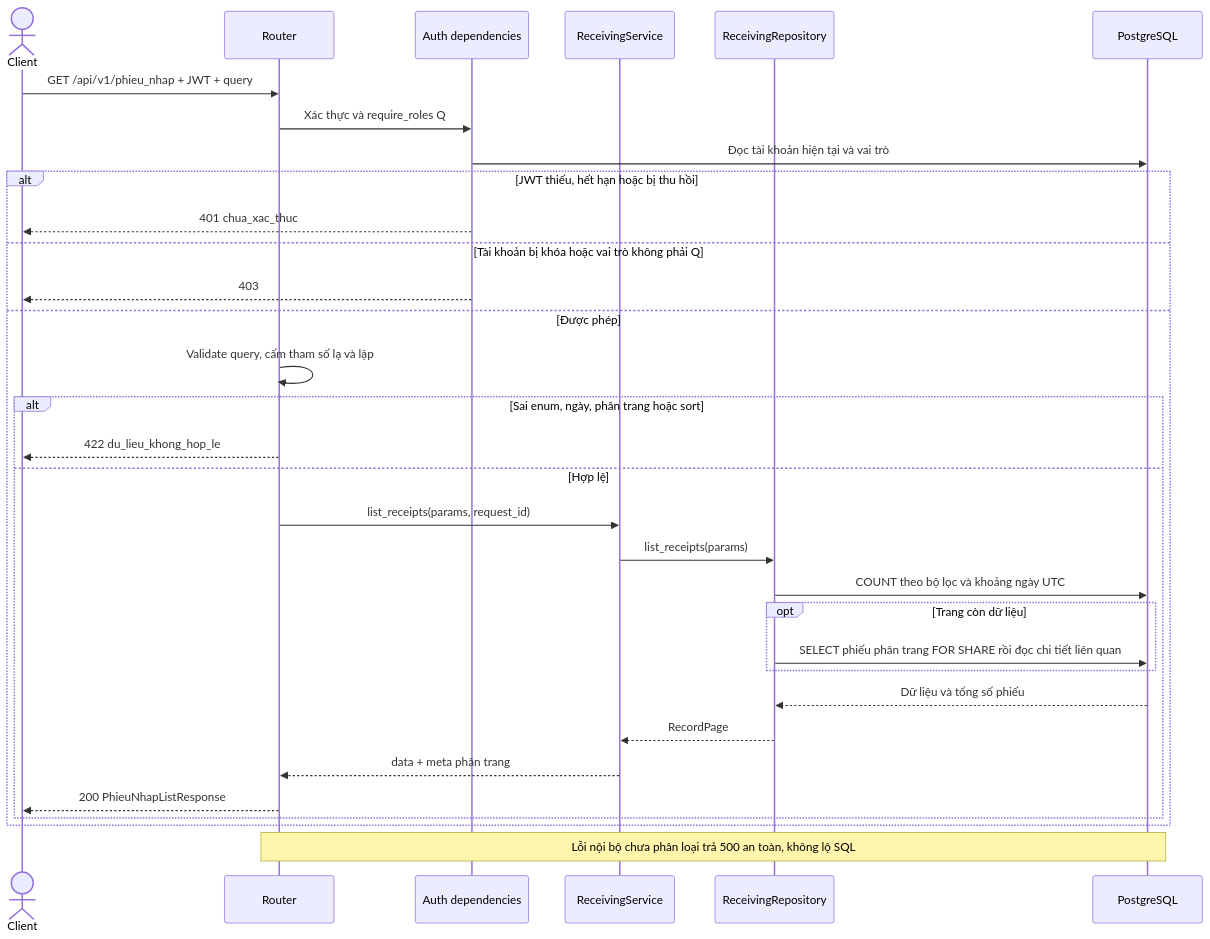
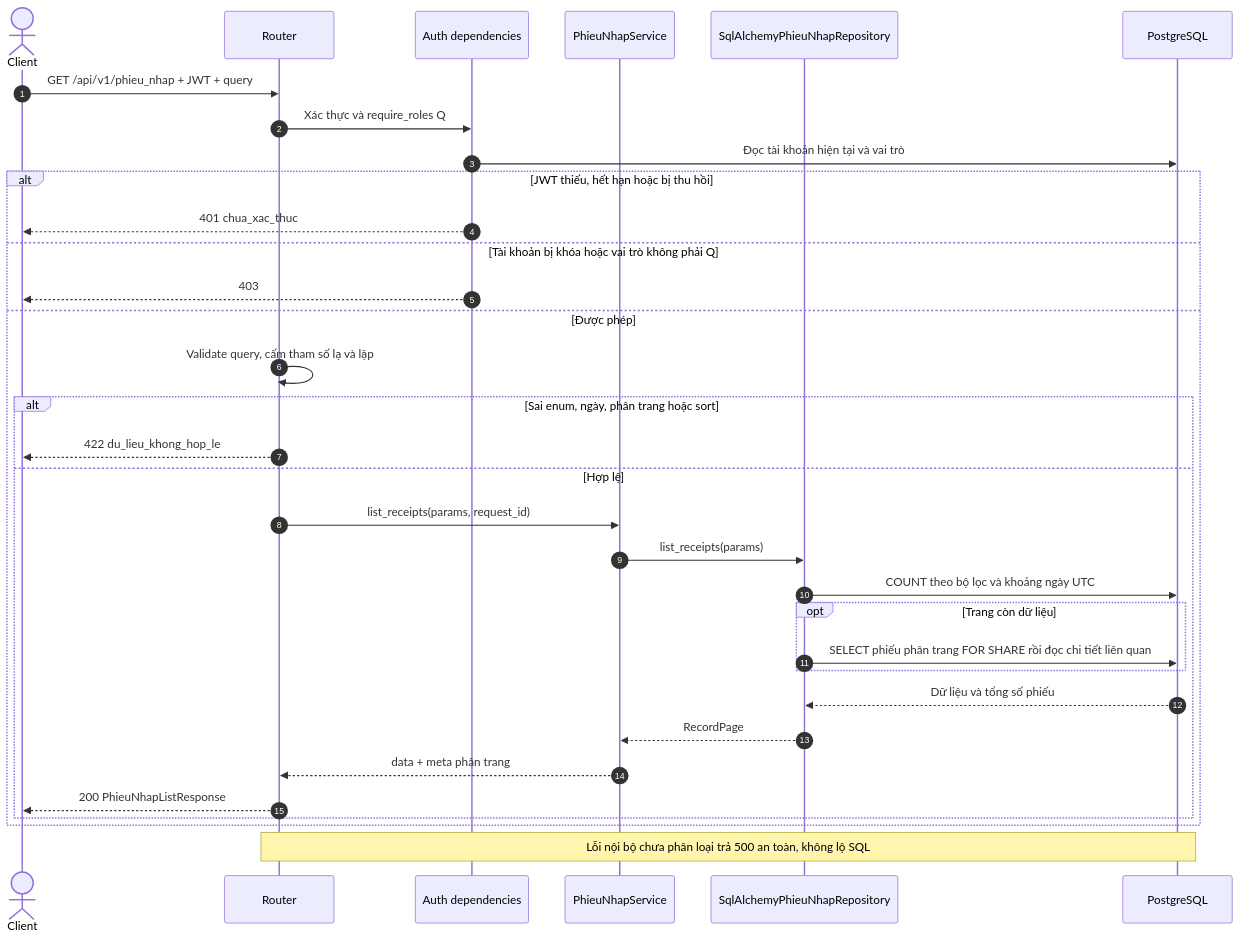
One commit to thanhklt/xbike-mrp-system changed the first of 9 diagrams in docs/sequence/phieu_nhap.md. Above: the diagram before and after it, drawn with Mermaid. The commit also changed other lines of this file and 22 other files, not shown here.

Commit message:
refactor(phieu-nhap): chuẩn hóa luồng audit và tên các lớp

````diff
--- a/docs/sequence/phieu_nhap.md
+++ b/docs/sequence/phieu_nhap.md
@@ -48,34 +53,35 @@
 ```mermaid
 sequenceDiagram
+    autonumber
     actor C as Client
     participant R as Router
     participant D as Auth dependencies
-    participant S as ReceivingService
-    participant P as ReceivingRepository
+    participant S as PhieuNhapService
+    participant P as SqlAlchemyPhieuNhapRepository
     participant DB as PostgreSQL
     C->>R: GET /api/v1/phieu_nhap + JWT + query
     R->>D: Xác thực và require_roles Q
     D->>DB: Đọc tài khoản hiện tại và vai trò
     alt JWT thiếu, hết hạn hoặc bị thu hồi
         D-->>C: 401 chua_xac_thuc
     else Tài khoản bị khóa hoặc vai trò không phải Q
         D-->>C: 403
     else Được phép
         R->>R: Validate query, cấm tham số lạ và lặp
         alt Sai enum, ngày, phân trang hoặc sort
             R-->>C: 422 du_lieu_khong_hop_le
         else Hợp lệ
             R->>S: list_receipts(params, request_id)
             S->>P: list_receipts(params)
             P->>DB: COUNT theo bộ lọc và khoảng ngày UTC
             opt Trang còn dữ liệu
                 P->>DB: SELECT phiếu phân trang FOR SHARE rồi đọc chi tiết liên quan
             end
             DB-->>P: Dữ liệu và tổng số phiếu
             P-->>S: RecordPage
             S-->>R: data + meta phân trang
             R-->>C: 200 PhieuNhapListResponse
         end
     end
     Note over R,DB: Lỗi nội bộ chưa phân loại trả 500 an toàn, không lộ SQL
 ```
````
